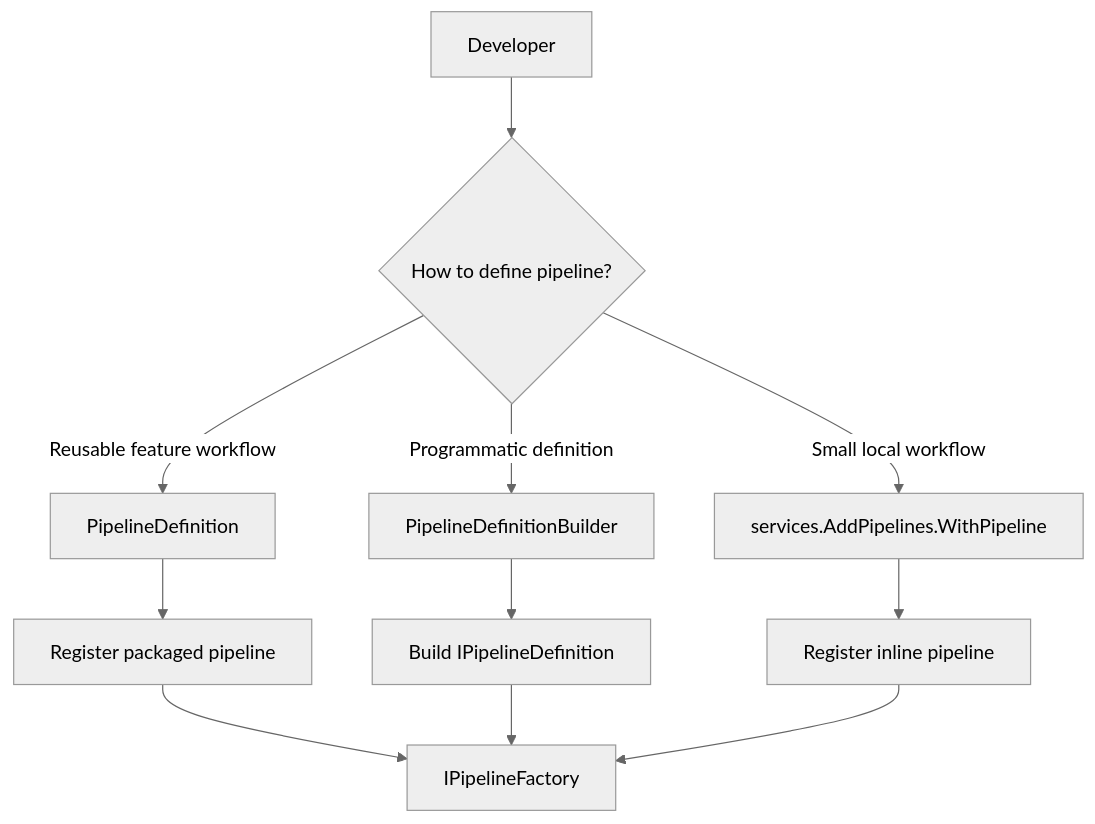
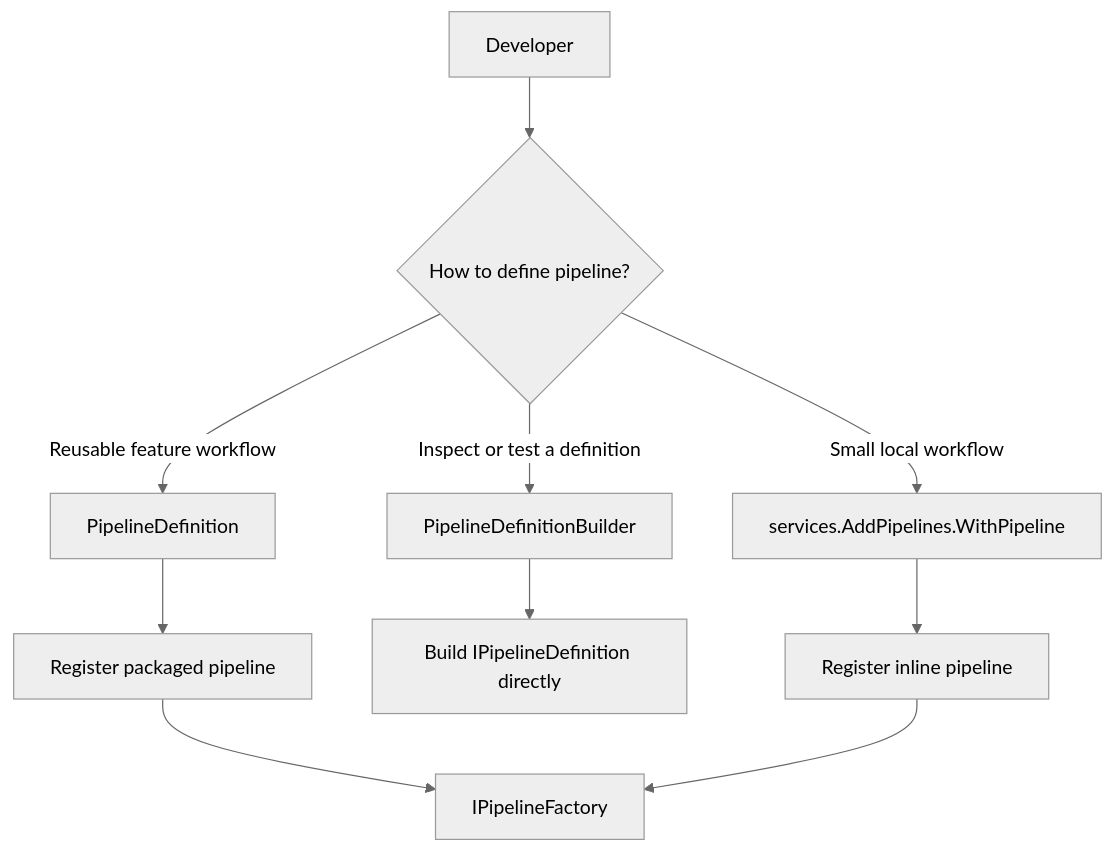
Before and after one commit to BridgingIT-GmbH/bITdevKit: the third of 7 diagrams in docs/features-pipelines.md, drawn with Mermaid (neutral theme). The commit also changed other lines of this file and 62 other files, not shown here.

````diff
--- a/docs/features-pipelines.md
+++ b/docs/features-pipelines.md
@@ -187,15 +294,14 @@
 ```mermaid
 flowchart TD
     A[Developer] --> B{How to define pipeline?}
     B -->|Reusable feature workflow| C[PipelineDefinition<TContext>]
-    B -->|Programmatic definition| D[PipelineDefinitionBuilder<TContext>]
+    B -->|Inspect or test a definition| D[PipelineDefinitionBuilder<TContext>]
     B -->|Small local workflow| E[services.AddPipelines.WithPipeline]
 
     C --> F[Register packaged pipeline]
-    D --> G[Build IPipelineDefinition]
+    D --> G[Build IPipelineDefinition directly]
     E --> H[Register inline pipeline]
 
     F --> I[IPipelineFactory]
-    G --> I
     H --> I
 ```
````
